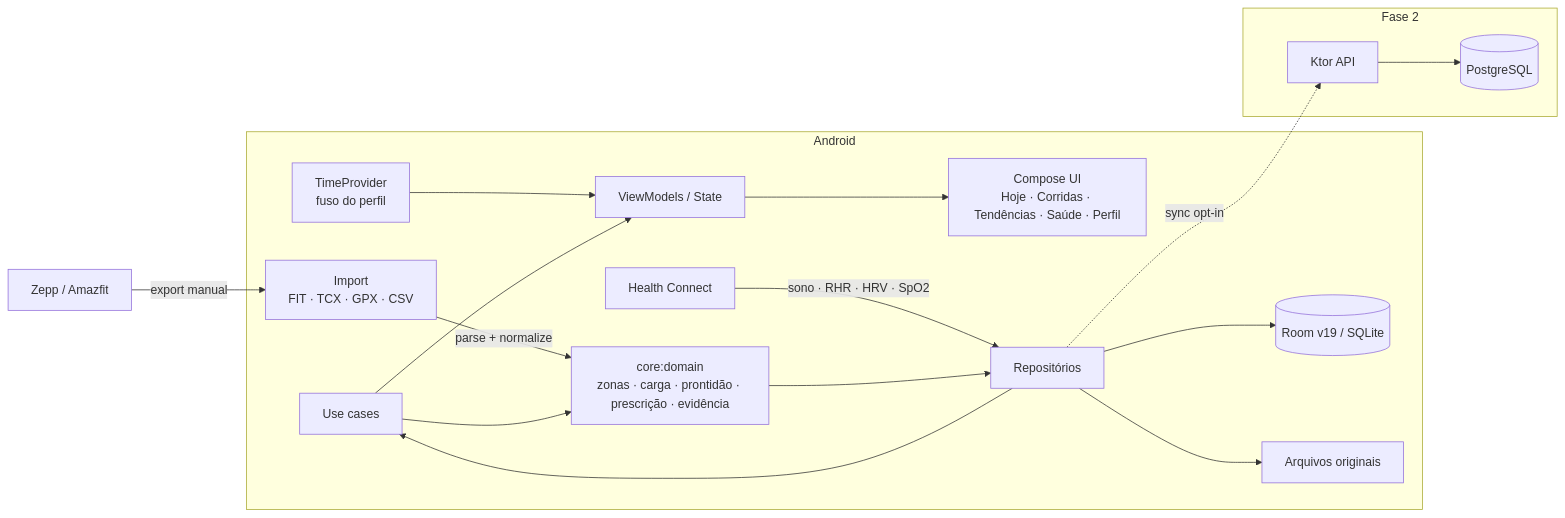
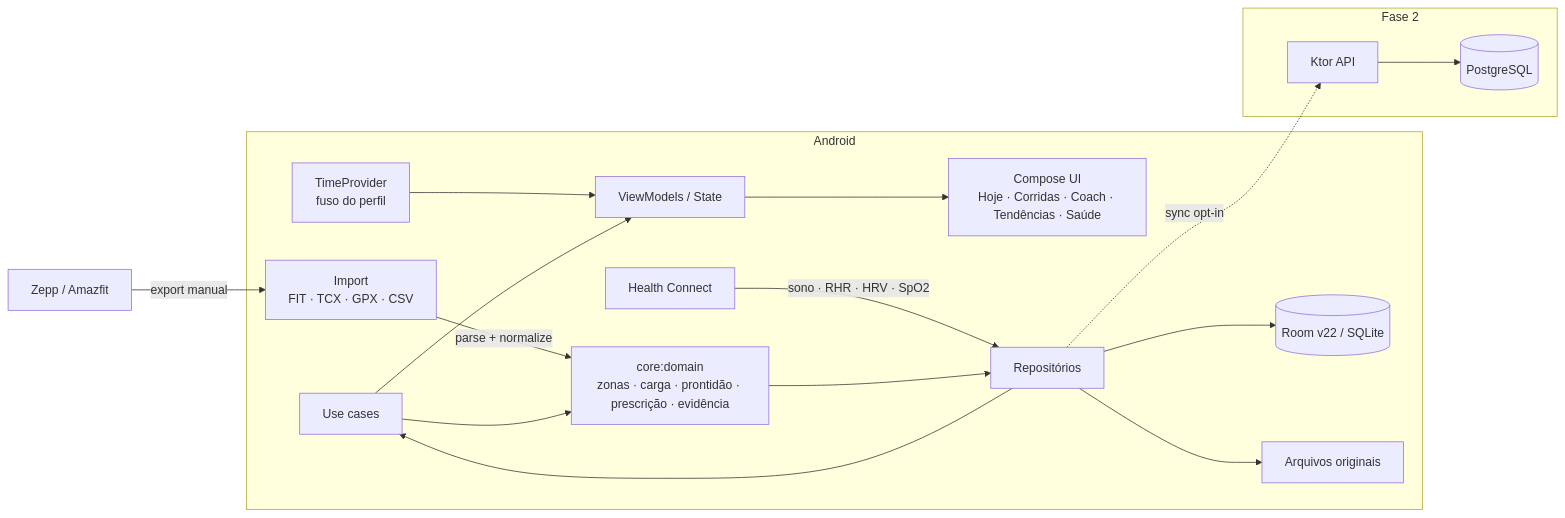
One commit to rafaelclima/meucoach changed the first of 2 diagrams in docs/ARCHITECTURE.md. Above: the diagram before and after it, drawn with Mermaid. The commit also changed other lines of this file and 2 other files, not shown here.

Commit message:
docs(architecture): refletir Room v22, barra e D3-D6

````diff
--- a/docs/ARCHITECTURE.md
+++ b/docs/ARCHITECTURE.md
@@ -16,31 +16,31 @@
 ```mermaid
 flowchart LR
     subgraph Android
-        UI[Compose UI\nHoje · Corridas · Tendências · Saúde · Perfil]
+        UI[Compose UI\nHoje · Corridas · Coach · Tendências · Saúde]
         VM[ViewModels / State]
         UC[Use cases]
         DOM[core:domain\nzonas · carga · prontidão · prescrição · evidência]
         TIME[TimeProvider\nfuso do perfil]
         REPO[Repositórios]
-        ROOM[(Room v19 / SQLite)]
+        ROOM[(Room v22 / SQLite)]
         HC[Health Connect]
         IMP[Import\nFIT · TCX · GPX · CSV]
         FS[Arquivos originais]
     end
 
     ZEPP[Zepp / Amazfit] -->|export manual| IMP
     HC -->|sono · RHR · HRV · SpO2| REPO
     IMP -->|parse + normalize| DOM
     DOM --> REPO
     REPO --> ROOM
     REPO --> FS
     TIME --> VM
     REPO --> UC --> VM --> UI
     UC --> DOM
 
     subgraph Fase 2
         API[Ktor API]
         PG[(PostgreSQL)]
         REPO -.->|sync opt-in| API --> PG
     end
 ```
````
